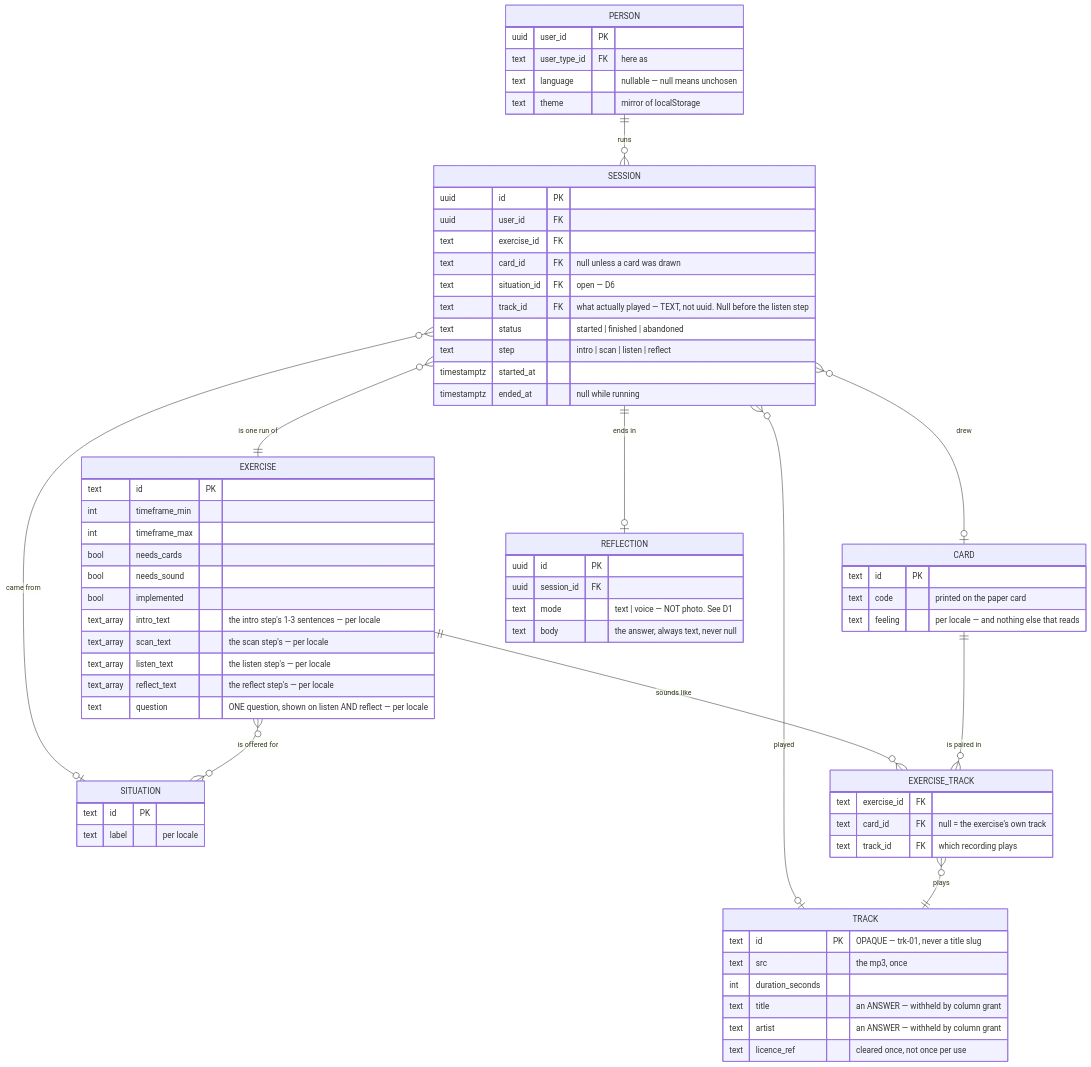
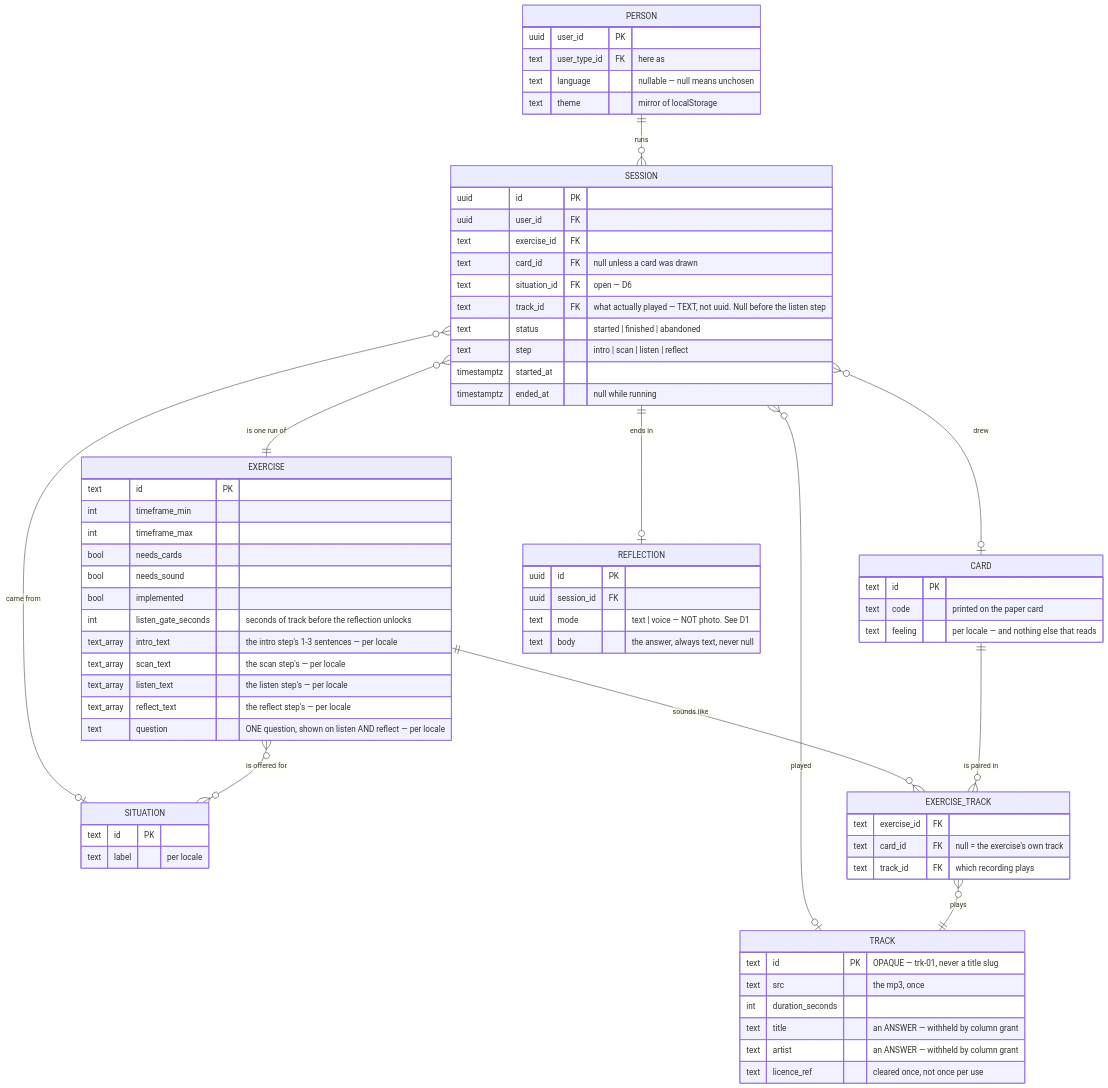
One commit to product-ben/musie changed the first of 2 diagrams in DOMAIN-MODEL.md. Above: the diagram before and after it, drawn with Mermaid. The commit also changed other lines of this file and 57 other files, not shown here.

First line of the commit message:
Phase D — the flow, screen by screen

````diff
--- a/DOMAIN-MODEL.md
+++ b/DOMAIN-MODEL.md
@@ -26,73 +26,74 @@
 ```mermaid
 erDiagram
     PERSON ||--o{ SESSION : "runs"
     SESSION }o--|| EXERCISE : "is one run of"
     SESSION }o--o| CARD : "drew"
     SESSION }o--o| SITUATION : "came from"
     SESSION ||--o| REFLECTION : "ends in"
     SESSION }o--o| TRACK : "played"
     EXERCISE }o--o{ SITUATION : "is offered for"
     EXERCISE ||--o{ EXERCISE_TRACK : "sounds like"
     CARD ||--o{ EXERCISE_TRACK : "is paired in"
     EXERCISE_TRACK }o--|| TRACK : "plays"
 
     PERSON {
         uuid user_id PK
         text user_type_id FK "here as"
         text language "nullable — null means unchosen"
         text theme "mirror of localStorage"
     }
     SESSION {
         uuid id PK
         uuid user_id FK
         text exercise_id FK
         text card_id FK "null unless a card was drawn"
         text situation_id FK "open — D6"
         text track_id FK "what actually played — TEXT, not uuid. Null before the listen step"
         text status "started | finished | abandoned"
         text step "intro | scan | listen | reflect"
         timestamptz started_at
         timestamptz ended_at "null while running"
     }
     EXERCISE {
         text id PK
         int timeframe_min
         int timeframe_max
         bool needs_cards
         bool needs_sound
         bool implemented
+        int listen_gate_seconds "seconds of track before the reflection unlocks"
         text_array intro_text "the intro step's 1-3 sentences — per locale"
         text_array scan_text "the scan step's — per locale"
         text_array listen_text "the listen step's — per locale"
         text_array reflect_text "the reflect step's — per locale"
         text question "ONE question, shown on listen AND reflect — per locale"
     }
     CARD {
         text id PK
         text code "printed on the paper card"
         text feeling "per locale — and nothing else that reads"
     }
     TRACK {
         text id PK "OPAQUE — trk-01, never a title slug"
         text src "the mp3, once"
         int duration_seconds
         text title "an ANSWER — withheld by column grant"
         text artist "an ANSWER — withheld by column grant"
         text licence_ref "cleared once, not once per use"
     }
     EXERCISE_TRACK {
         text exercise_id FK
         text card_id FK "null = the exercise's own track"
         text track_id FK "which recording plays"
     }
     SITUATION {
         text id PK
         text label "per locale"
     }
     REFLECTION {
         uuid id PK
         uuid session_id FK
         text mode "text | voice — NOT photo. See D1"
         text body "the answer, always text, never null"
     }
 ```
````
